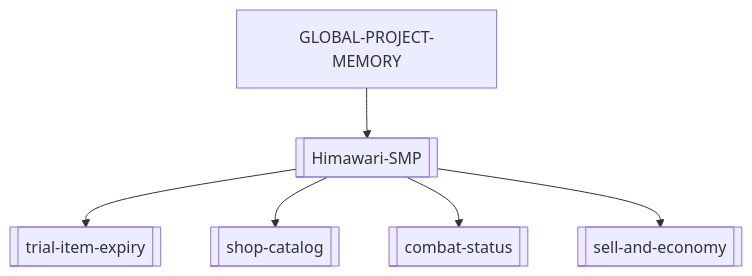
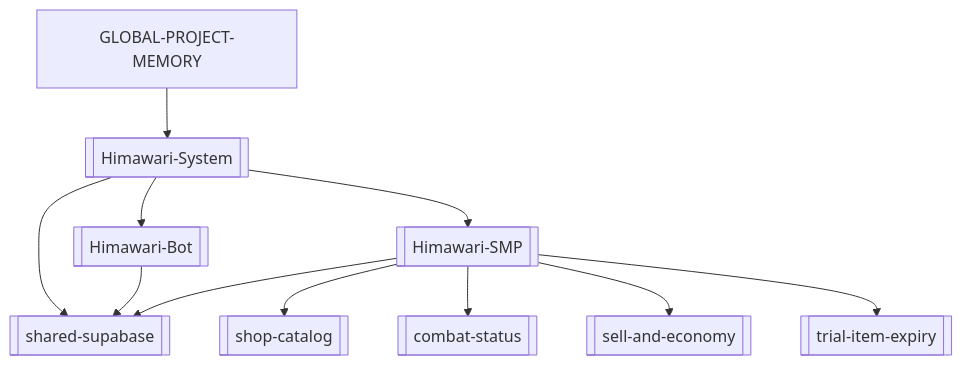
One commit to Woopsyyy/SecondaryBrain changed the diagram in SecondaryBrain/GLOBAL-PROJECT-MEMORY.md. Above: the diagram before and after it, drawn with Mermaid. The commit also changed other lines of this file and 5 other files, not shown here.

First line of the commit message:
docs(himawari): document whole-system architecture (bot + mod + shared DB)

````diff
--- a/SecondaryBrain/GLOBAL-PROJECT-MEMORY.md
+++ b/SecondaryBrain/GLOBAL-PROJECT-MEMORY.md
@@ -16,8 +19,13 @@
 ```mermaid
 graph TD
-  Global[GLOBAL-PROJECT-MEMORY] --> Himawari[[Himawari-SMP]]
-  Himawari --> Trial[[trial-item-expiry]]
-  Himawari --> Shop[[shop-catalog]]
-  Himawari --> Combat[[combat-status]]
-  Himawari --> Sell[[sell-and-economy]]
+  Global[GLOBAL-PROJECT-MEMORY] --> Sys[[Himawari-System]]
+  Sys --> Bot[[Himawari-Bot]]
+  Sys --> Mod[[Himawari-SMP]]
+  Sys --> Supa[[shared-supabase]]
+  Bot --> Supa
+  Mod --> Supa
+  Mod --> Shop[[shop-catalog]]
+  Mod --> Combat[[combat-status]]
+  Mod --> Sell[[sell-and-economy]]
+  Mod --> Trial[[trial-item-expiry]]
 ```
````
